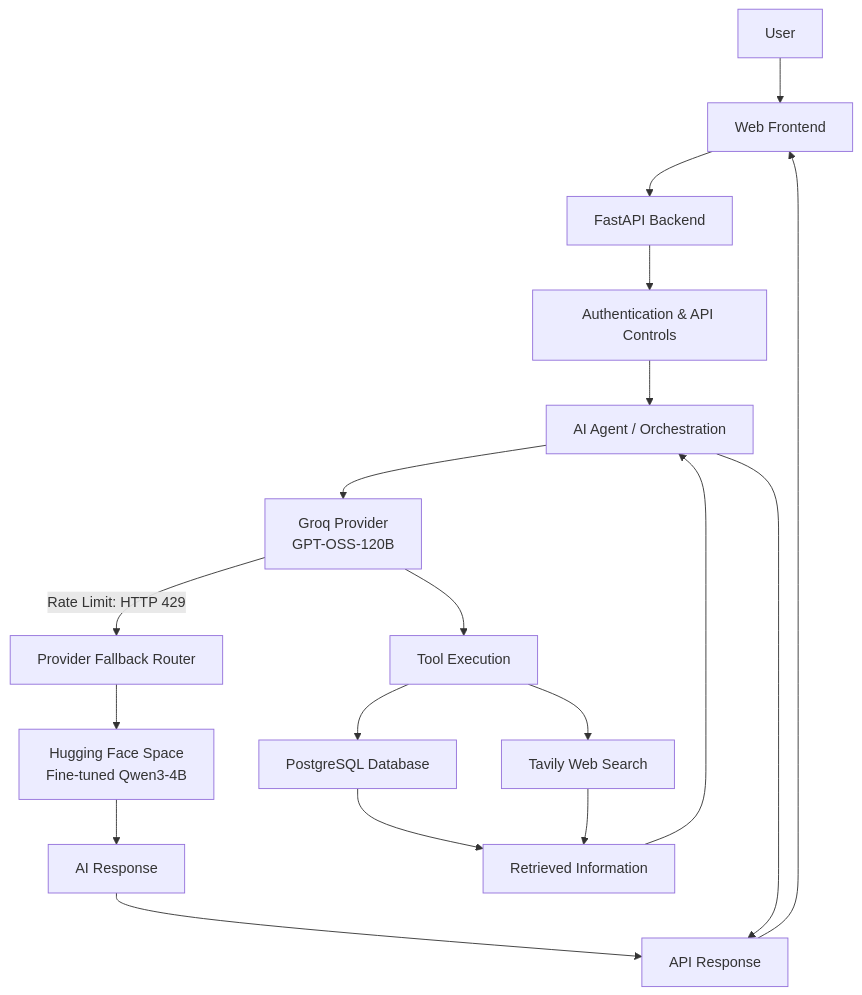
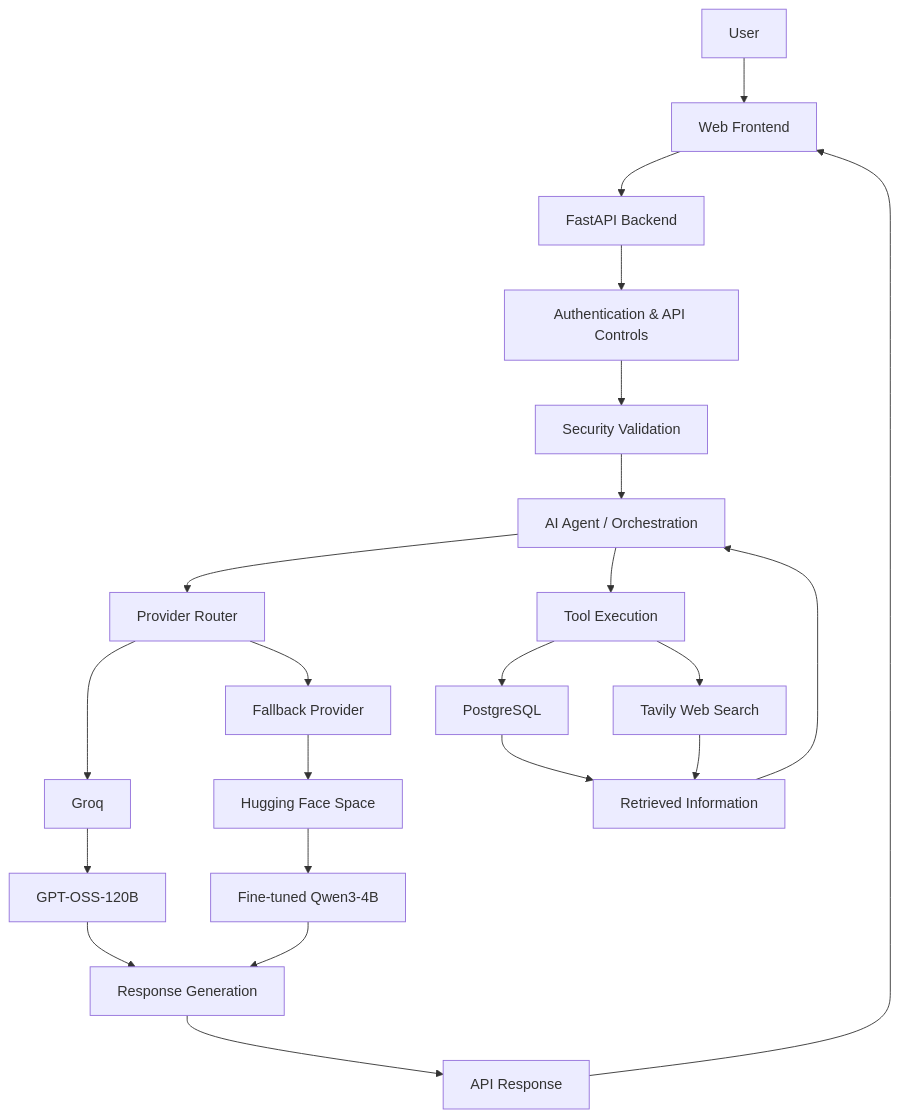
One commit to anshh-py/Car-World changed the first of 3 diagrams in README.md. Above: the diagram before and after it, drawn with Mermaid. The commit also changed other lines of this file, not shown here.

````diff
--- a/README.md
+++ b/README.md
@@ -84,27 +121,31 @@
 ```mermaid
 flowchart TD
     A["User"] --> B["Web Frontend"]
     B --> C["FastAPI Backend"]
 
     C --> D["Authentication & API Controls"]
-    D --> E["AI Agent / Orchestration"]
+    D --> E["Security Validation"]
+    E --> F["AI Agent / Orchestration"]
 
-    E --> F["Groq Provider<br/>GPT-OSS-120B"]
+    F --> G["Provider Router"]
 
-    F -->|Rate Limit: HTTP 429| G["Provider Fallback Router"]
-    G --> H["Hugging Face Space<br/>Fine-tuned Qwen3-4B"]
+    G --> H["Groq"]
+    H --> I["GPT-OSS-120B"]
 
-    F --> I["Tool Execution"]
-    H --> J["AI Response"]
+    G --> J["Fallback Provider"]
+    J --> K["Hugging Face Space"]
+    K --> L["Fine-tuned Qwen3-4B"]
 
-    I --> K["PostgreSQL Database"]
-    I --> L["Tavily Web Search"]
+    F --> M["Tool Execution"]
+    M --> N["PostgreSQL"]
+    M --> O["Tavily Web Search"]
 
-    K --> M["Retrieved Information"]
-    L --> M
-    M --> E
+    N --> P["Retrieved Information"]
+    O --> P
 
-    J --> N["API Response"]
-    E --> N
-    N --> B
+    P --> F
+    I --> Q["Response Generation"]
+    L --> Q
+    Q --> R["API Response"]
+    R --> B
 ```
````
